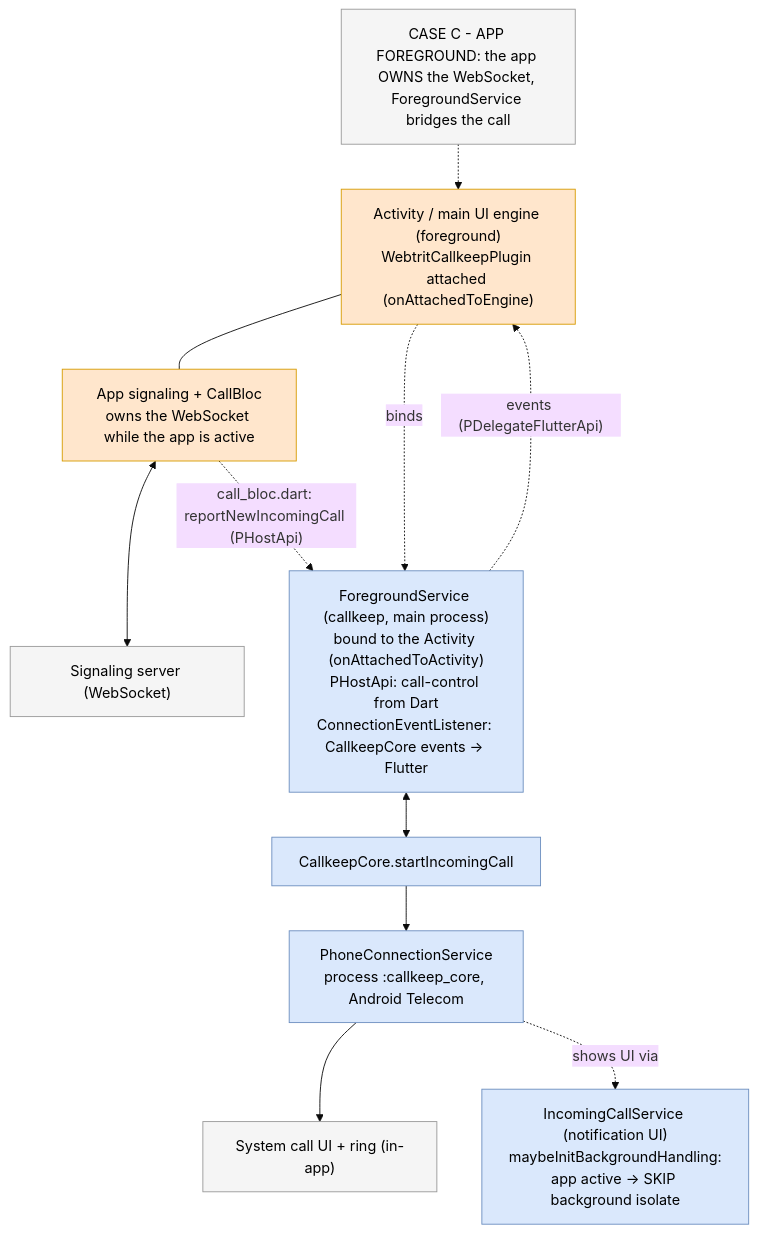
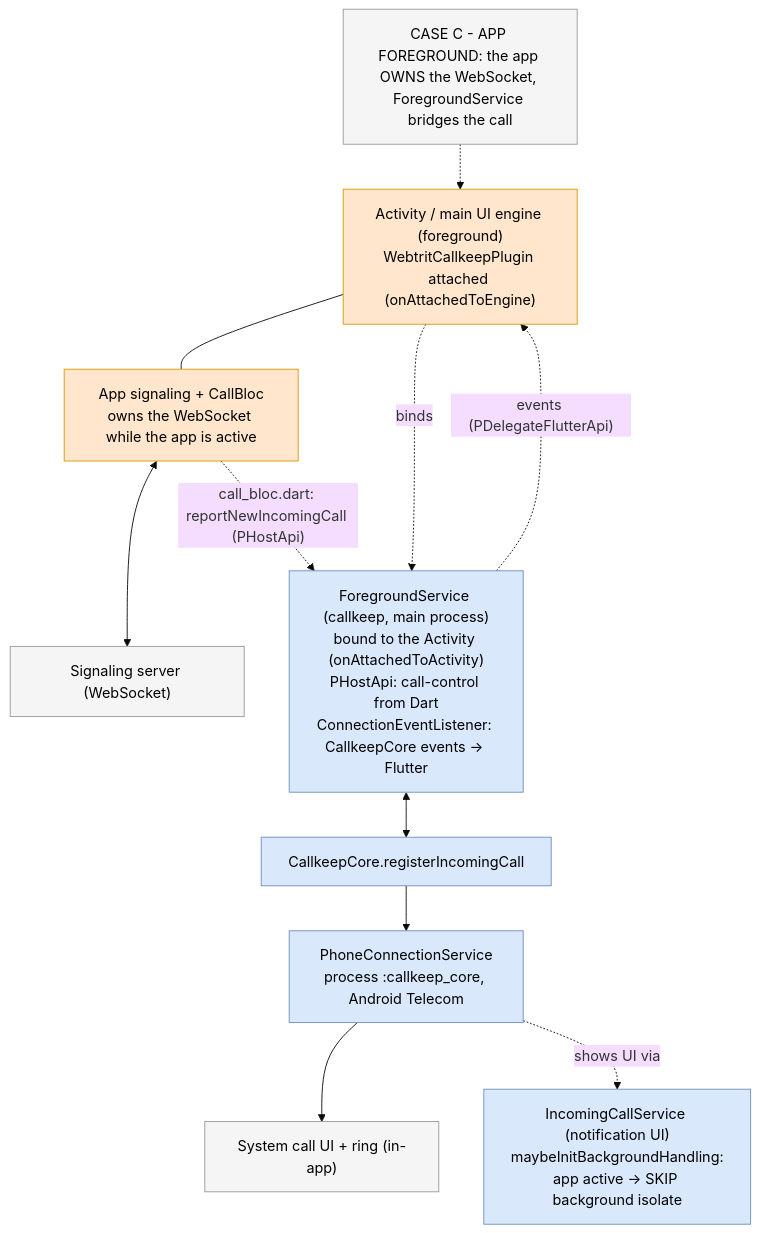
Before and after one commit to portaone/porta-phone-mobile-app: the fourth of 6 diagrams in phone/docs/incoming_call_scenarios.md, drawn with Mermaid (base theme). The commit also changed other lines of this file and 36 other files, not shown here.

````diff
--- a/phone/docs/incoming_call_scenarios.md
+++ b/phone/docs/incoming_call_scenarios.md
@@ -174,26 +174,26 @@
 ```mermaid
 flowchart TB
   classDef ck fill:#dae8fc,stroke:#6c8ebf,color:#000
   classDef app fill:#ffe6cc,stroke:#d79b00,color:#000
   classDef ext fill:#f5f5f5,stroke:#999999,color:#000
 
   TITLE["CASE C - APP FOREGROUND: the app OWNS the WebSocket, ForegroundService bridges the call"]:::ext
   ACT["Activity / main UI engine (foreground)<br/>WebtritCallkeepPlugin attached (onAttachedToEngine)"]:::app
   SMOD["App signaling + CallBloc<br/>owns the WebSocket while the app is active"]:::app
   WS["Signaling server (WebSocket)"]:::ext
   FGSVC["ForegroundService (callkeep, main process)<br/>bound to the Activity (onAttachedToActivity)<br/>PHostApi: call-control from Dart<br/>ConnectionEventListener: CallkeepCore events -> Flutter"]:::ck
-  CKC["CallkeepCore.startIncomingCall"]:::ck
+  CKC["CallkeepCore.registerIncomingCall"]:::ck
   PCS["PhoneConnectionService<br/>process :callkeep_core, Android Telecom"]:::ck
   ICS["IncomingCallService (notification UI)<br/>maybeInitBackgroundHandling:<br/>app active -> SKIP background isolate"]:::ck
   TEL["System call UI + ring (in-app)"]:::ext
 
   TITLE -.-> ACT
   ACT --- SMOD
   SMOD <--> WS
   ACT -. "binds" .-> FGSVC
   SMOD -. "call_bloc.dart: reportNewIncomingCall (PHostApi)" .-> FGSVC
   FGSVC <--> CKC
   FGSVC -. "events (PDelegateFlutterApi)" .-> ACT
   CKC --> PCS --> TEL
   PCS -. "shows UI via" .-> ICS
 ```
````
